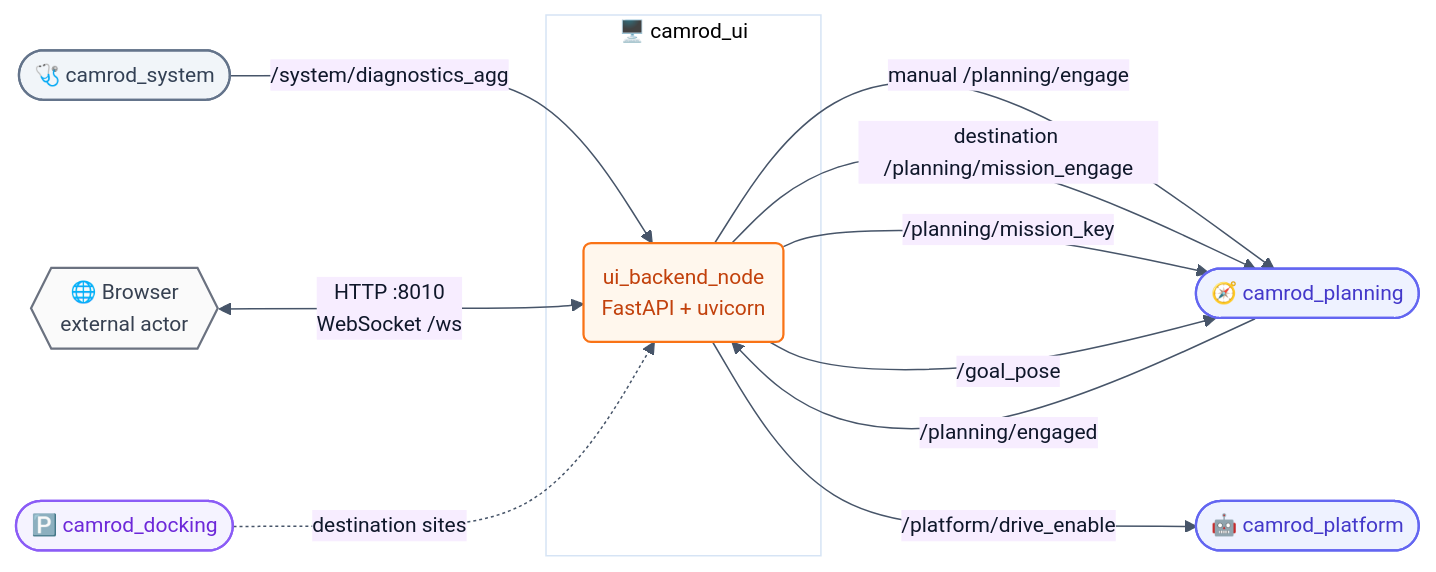
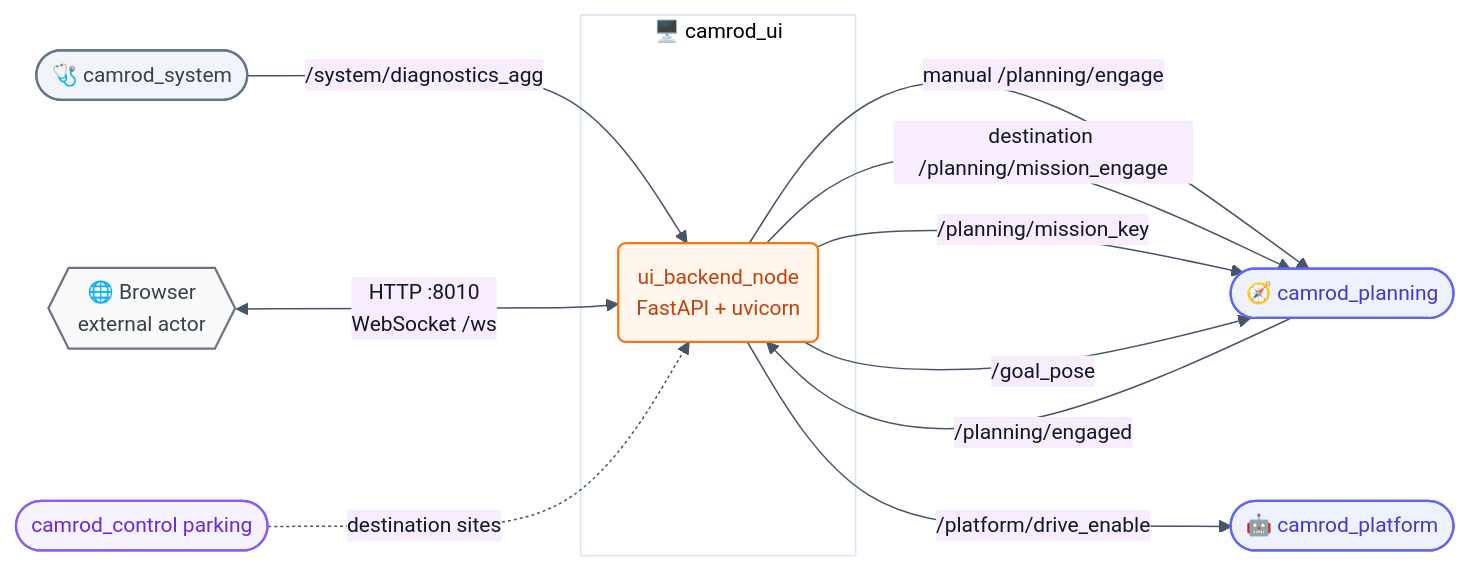
One commit to hwanhonglee/CAMROD changed the first of 5 diagrams in camrod_ui/README.md. Above: the diagram before and after it, drawn with Mermaid. The commit also changed other lines of this file and 15 other files, not shown here.

````diff
--- a/camrod_ui/README.md
+++ b/camrod_ui/README.md
@@ -57,27 +57,27 @@
 ```mermaid
 %%{init: {'theme': 'base', 'themeVariables': {'fontFamily': 'ui-sans-serif, system-ui, sans-serif', 'fontSize': '14px', 'primaryColor': '#FFF7ED', 'primaryTextColor': '#0F172A', 'primaryBorderColor': '#F97316', 'lineColor': '#475569'}, 'flowchart': {'curve': 'basis', 'htmlLabels': true, 'padding': 12}}}%%
 graph LR
   BROWSER{{🌐 Browser\nexternal actor}}:::hardware
 
   SYS([🩺 camrod_system]):::system    -->|/system/diagnostics_agg| UI
   PLAN([🧭 camrod_planning]):::planning -->|/planning/engaged| UI
 
   subgraph UI_BOX["🖥️ camrod_ui"]
     UI(ui_backend_node\nFastAPI + uvicorn):::ui
   end
 
   BROWSER <-->|HTTP :8010\nWebSocket /ws| UI
 
   UI -->|manual /planning/engage| PLAN
   UI -->|destination /planning/mission_engage| PLAN
   UI -->|/platform/drive_enable| PLAT([🤖 camrod_platform]):::planning
   UI -->|/planning/mission_key| PLAN
   UI -->|/goal_pose| PLAN
-  PARK([🅿️ camrod_docking]):::docking -.->|destination sites| UI
+  PARK([camrod_control parking]):::parking -.->|destination sites| UI
 
   classDef ui           fill:#FFF7ED,stroke:#F97316,stroke-width:1.5px,color:#C2410C;
   classDef system       fill:#F1F5F9,stroke:#64748B,stroke-width:1.5px,color:#334155;
   classDef planning     fill:#EEF2FF,stroke:#6366F1,stroke-width:1.5px,color:#4338CA;
-  classDef docking      fill:#F5F3FF,stroke:#8B5CF6,stroke-width:1.5px,color:#6D28D9;
+  classDef parking      fill:#F5F3FF,stroke:#8B5CF6,stroke-width:1.5px,color:#6D28D9;
   classDef hardware     fill:#FAFAFA,stroke:#6B7280,stroke-width:1.5px,color:#374151;
 ```
````
